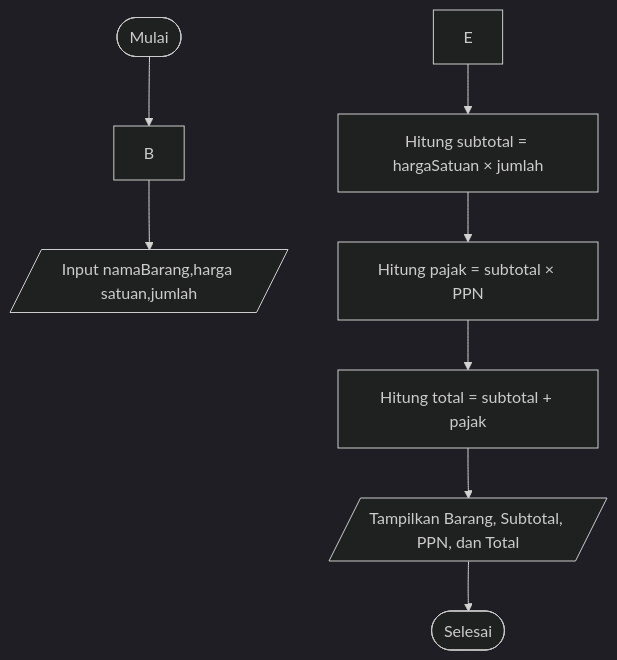
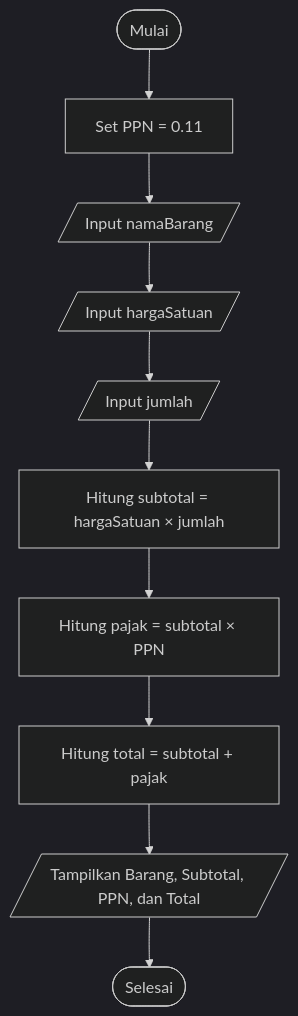
Before and after one commit to Itongaban/PRAKTIKUM-5: the diagram in Flowchart.md, drawn with Mermaid (dark theme).

````diff
--- a/Flowchart.md
+++ b/Flowchart.md
@@ -3,10 +3,12 @@
 ```mermaid
 flowchart TD
-    A([Mulai]) --> 
-    B --> C[/Input namaBarang,harga satuan,jumlah/]
+    A([Mulai]) --> B[Set PPN = 0.11]
+    B --> C[/Input namaBarang/]
+    C --> D[/Input hargaSatuan/]
+    D --> E[/Input jumlah/]
     E --> F[Hitung subtotal = hargaSatuan × jumlah]
     F --> G[Hitung pajak = subtotal × PPN]
     G --> H[Hitung total = subtotal + pajak]
     H --> I[/Tampilkan Barang, Subtotal, PPN, dan Total/]
     I --> J([Selesai])
 ```
````
